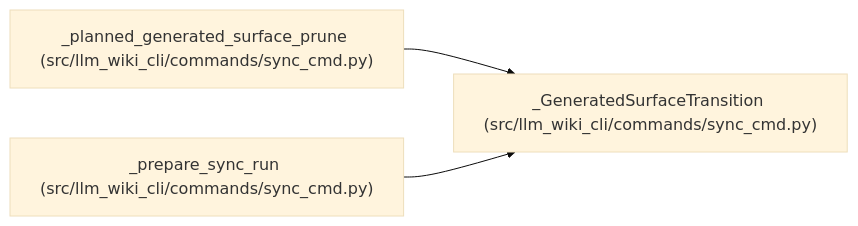
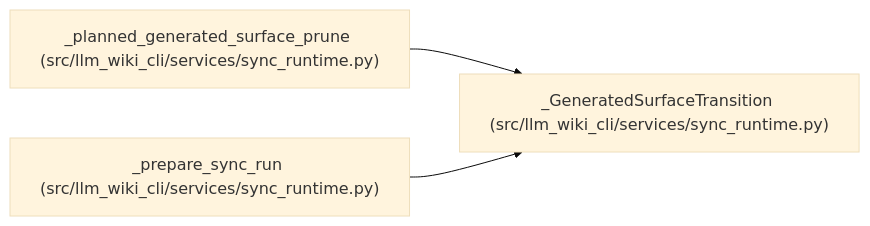
The diagram in docs/llm_wiki/entities/GeneratedSurfaceTransition.md (Denissvgn/python-wiki-llm), drawn with Mermaid (base theme) before and after one commit. The commit also changed other lines of this file and 1555 other files, not shown here.

````diff
--- a/docs/llm_wiki/entities/GeneratedSurfaceTransition.md
+++ b/docs/llm_wiki/entities/GeneratedSurfaceTransition.md
@@ -33,11 +33,11 @@
 ```mermaid
 flowchart LR
-    n0["_GeneratedSurfaceTransition (src/llm_wiki_cli/commands/sync_cmd.py)"]
-    n1["_planned_generated_surface_prune (src/llm_wiki_cli/commands/sync_cmd.py)"]
-    n2["_prepare_sync_run (src/llm_wiki_cli/commands/sync_cmd.py)"]
+    n0["_GeneratedSurfaceTransition (src/llm_wiki_cli/services/sync_runtime.py)"]
+    n1["_planned_generated_surface_prune (src/llm_wiki_cli/services/sync_runtime.py)"]
+    n2["_prepare_sync_run (src/llm_wiki_cli/services/sync_runtime.py)"]
     n1 --> n0
     n2 --> n0
-    click n0 "../modules/sync_cmd.md"
-    click n1 "../modules/sync_cmd.md"
-    click n2 "../modules/sync_cmd.md"
+    click n0 "../modules/sync_runtime.md"
+    click n1 "../modules/sync_runtime.md"
+    click n2 "../modules/sync_runtime.md"
 ```
````
